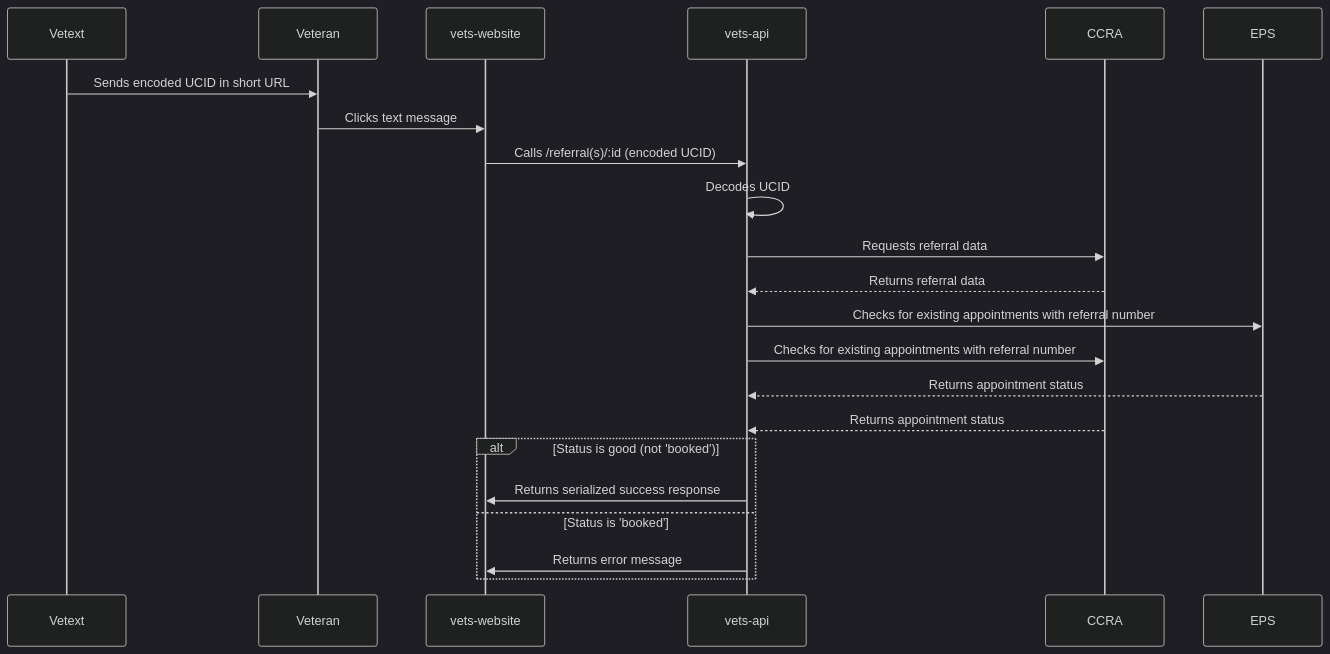
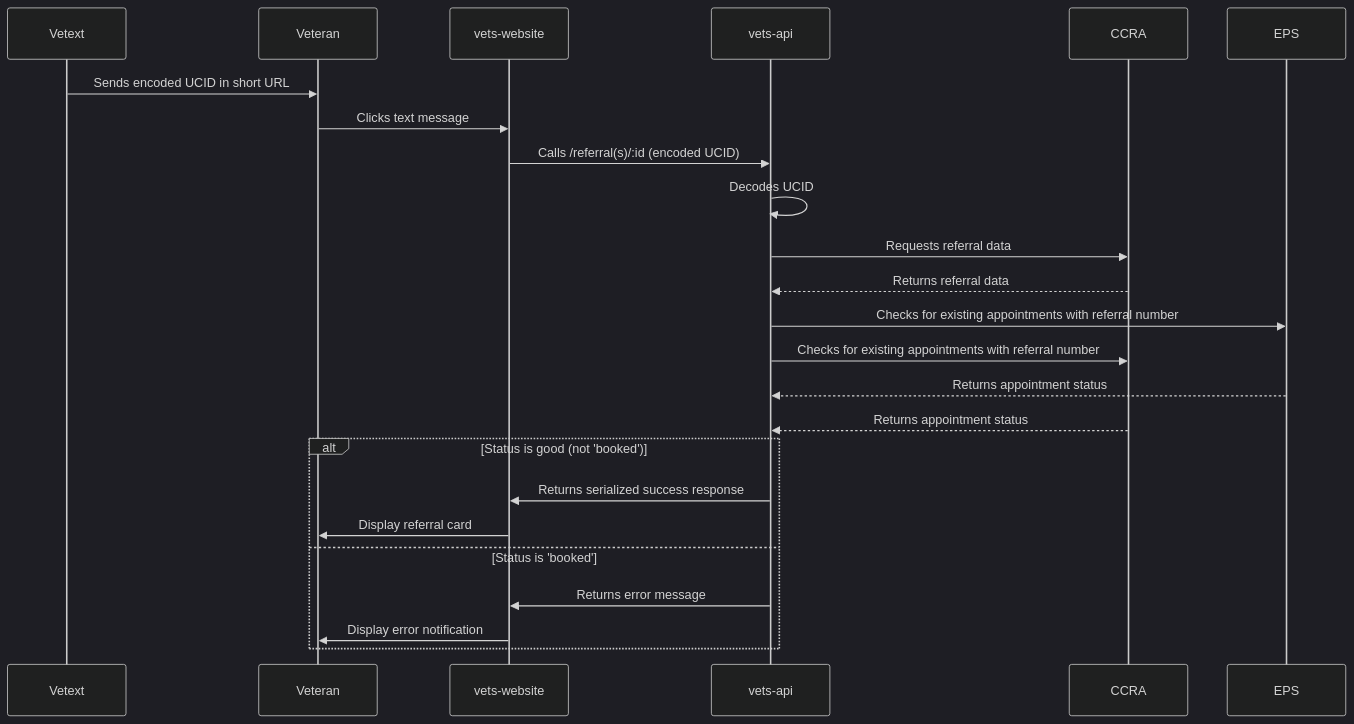
One commit to department-of-veterans-affairs/va.gov-team changed the third of 4 diagrams in products/health-care/appointments/va-online-scheduling/engineering/architecture/community-care-technical-documentation.md. Above: the diagram before and after it, drawn with Mermaid (dark theme).

````diff
--- a/products/health-care/appointments/va-online-scheduling/engineering/architecture/community-care-technical-documentation.md
+++ b/products/health-care/appointments/va-online-scheduling/engineering/architecture/community-care-technical-documentation.md
@@ -103,25 +103,27 @@
 ```mermaid
 sequenceDiagram
     participant Vetext
     participant Veteran
     participant vets-website
     participant vets-api
     participant CCRA
     participant EPS
 
     Vetext->>Veteran: Sends encoded UCID in short URL
     Veteran->>vets-website: Clicks text message
     vets-website->>vets-api: Calls /referral(s)/:id (encoded UCID)
     vets-api->>vets-api: Decodes UCID
     vets-api->>CCRA: Requests referral data
     CCRA-->>vets-api: Returns referral data
     vets-api->>EPS: Checks for existing appointments with referral number
     vets-api->>CCRA: Checks for existing appointments with referral number
     EPS-->>vets-api: Returns appointment status
     CCRA-->>vets-api: Returns appointment status
     alt Status is good (not 'booked')
         vets-api->>vets-website: Returns serialized success response
+        vets-website->>Veteran: Display referral card
     else Status is 'booked'
         vets-api->>vets-website: Returns error message
+        vets-website->>Veteran: Display error notification
     end
 ```
````
